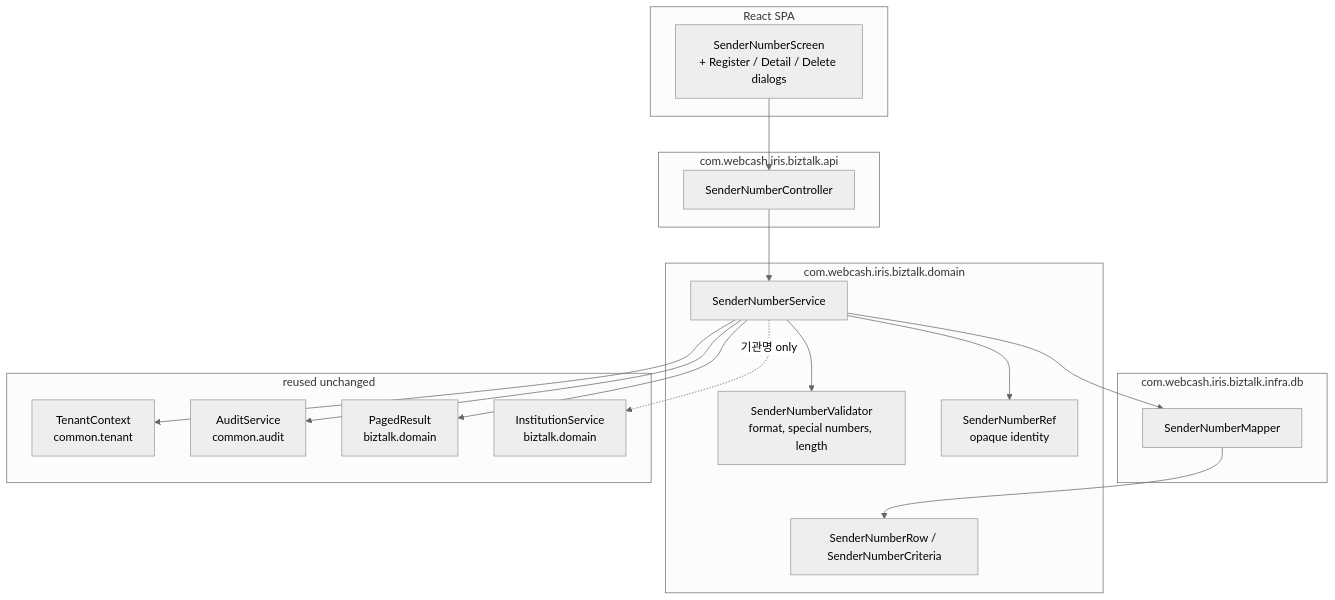
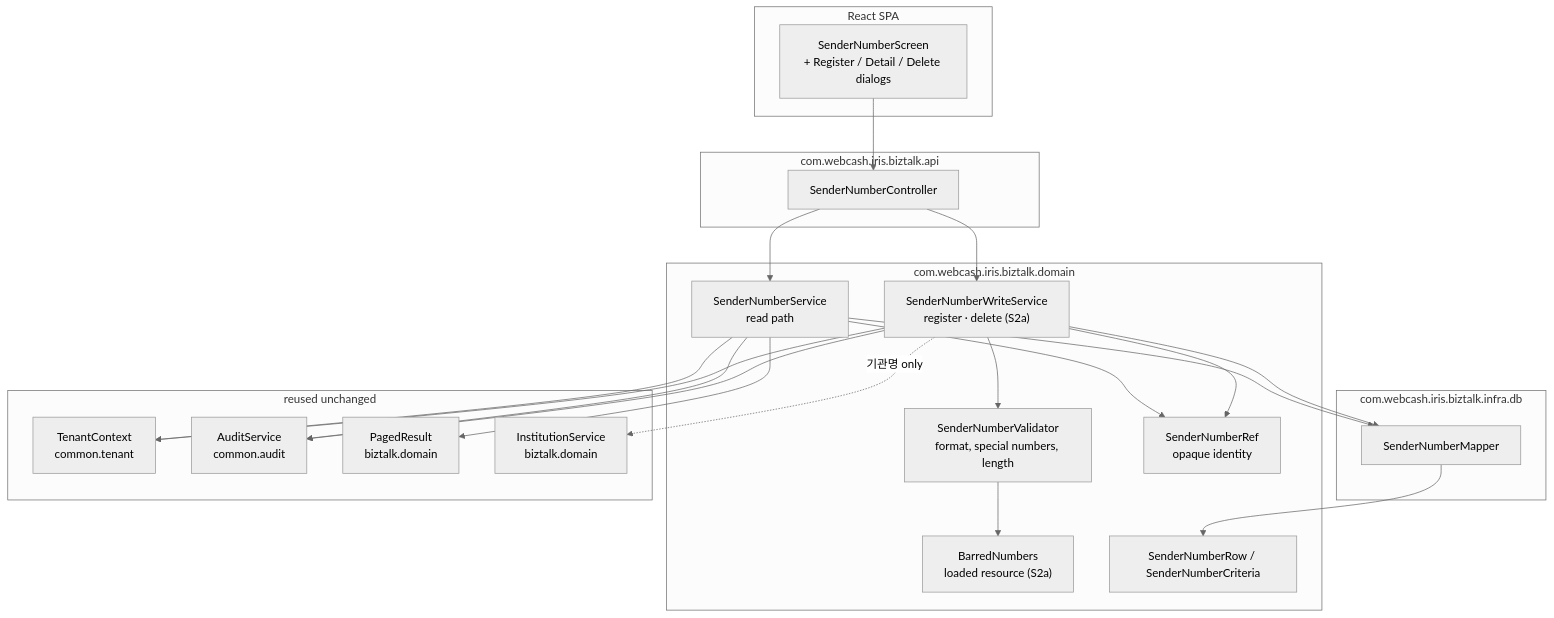
One commit to londara/kakaobiztalk_admin_v1 changed the second of 5 diagrams in docs/design/architecture-overview-SENDERNO.md. Above: the diagram before and after it, drawn with Mermaid (neutral theme). The commit also changed other lines of this file and 87 other files, not shown here.

````diff
--- a/docs/design/architecture-overview-SENDERNO.md
+++ b/docs/design/architecture-overview-SENDERNO.md
@@ -62,38 +62,46 @@
 ```mermaid
 flowchart TD
   subgraph web["React SPA"]
     ui["SenderNumberScreen<br/>+ Register / Detail / Delete dialogs"]
   end
 
   subgraph api["com.webcash.iris.biztalk.api"]
     ctl["SenderNumberController"]
   end
 
   subgraph domain["com.webcash.iris.biztalk.domain"]
-    svc["SenderNumberService"]
+    svc["SenderNumberService<br/>read path"]
+    wsvc["SenderNumberWriteService<br/>register · delete (S2a)"]
     val["SenderNumberValidator<br/>format, special numbers, length"]
+    barred["BarredNumbers<br/>loaded resource (S2a)"]
     ref["SenderNumberRef<br/>opaque identity"]
     row["SenderNumberRow / SenderNumberCriteria"]
   end
 
   subgraph infra["com.webcash.iris.biztalk.infra.db"]
     mapper["SenderNumberMapper"]
   end
 
   subgraph shared["reused unchanged"]
     tenant["TenantContext<br/>common.tenant"]
     audit["AuditService<br/>common.audit"]
     paged["PagedResult<br/>biztalk.domain"]
     inst["InstitutionService<br/>biztalk.domain"]
   end
 
   ui --> ctl --> svc
-  svc --> val
+  ctl --> wsvc
+  wsvc --> val
+  val --> barred
   svc --> ref
+  wsvc --> ref
   svc --> mapper
+  wsvc --> mapper
   svc --> tenant
+  wsvc --> tenant
   svc --> audit
-  svc -.->|기관명 only| inst
+  wsvc --> audit
+  wsvc -.->|기관명 only| inst
   mapper --> row
   svc --> paged
 ```
````
